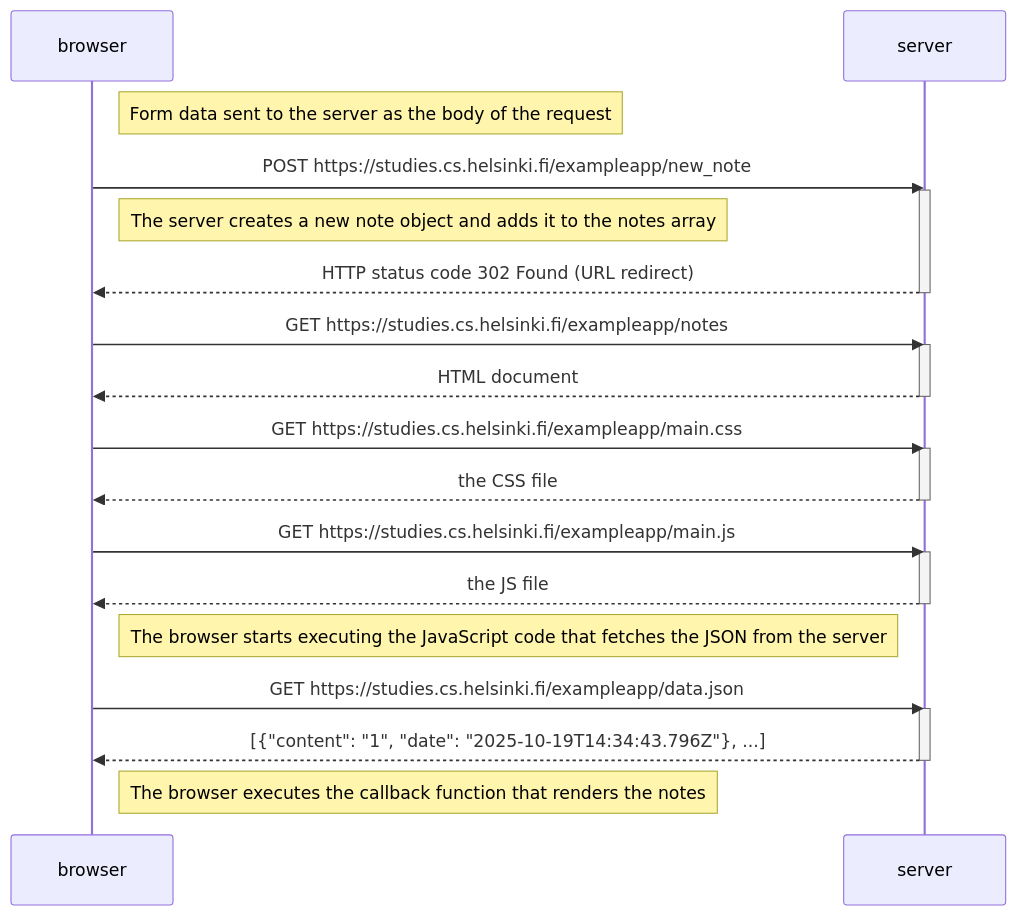
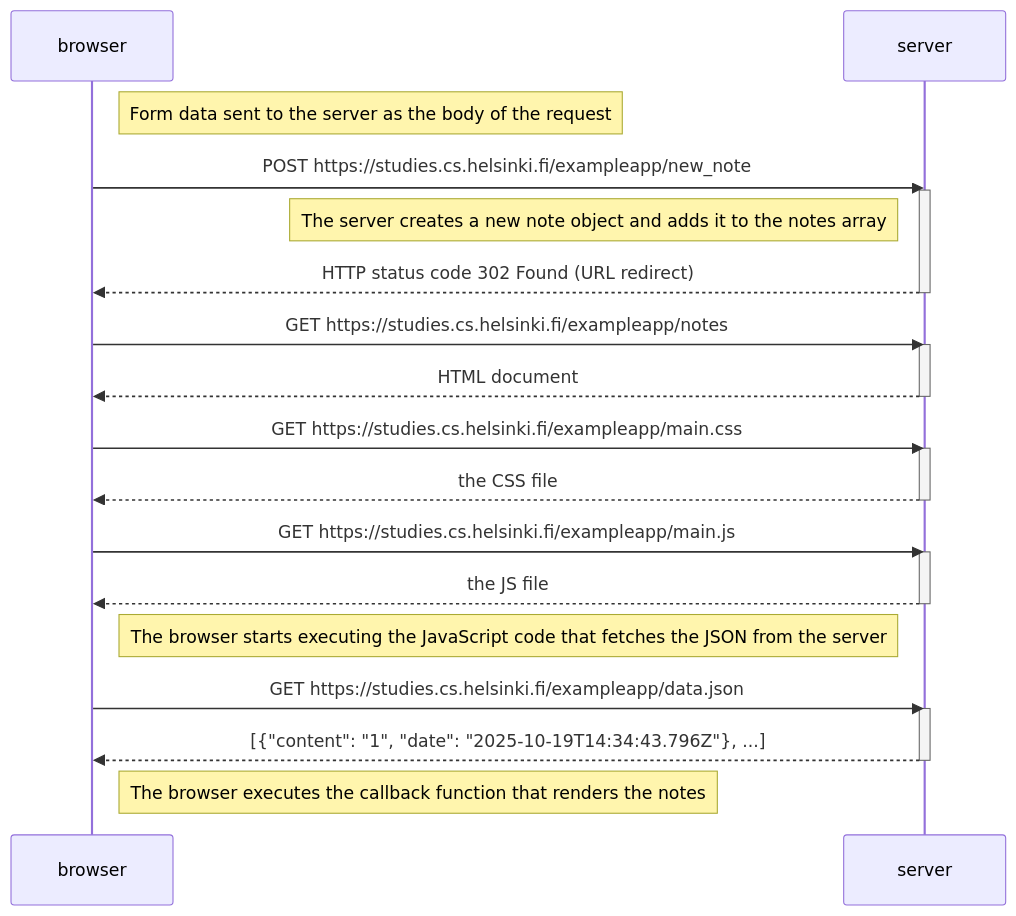
One commit to nati-friedman/part3-phonebook-backend changed the diagram in part0/new note diagram/diagram.md. Above: the diagram before and after it, drawn with Mermaid.

Commit message:
final polish

````diff
--- a/part0/new note diagram/diagram.md
+++ b/part0/new note diagram/diagram.md
@@ -1,37 +1,37 @@
 ```mermaid
 sequenceDiagram
     participant browser
     participant server
 
     Note right of browser: Form data sent to the server as the body of the request
 
     browser->>server: POST https://studies.cs.helsinki.fi/exampleapp/new_note
     activate server
-    Note right of browser: The server creates a new note object and adds it to the notes array
+    Note left of server: The server creates a new note object and adds it to the notes array
     server-->>browser: HTTP status code 302 Found (URL redirect)
     deactivate server
 
     browser->>server: GET https://studies.cs.helsinki.fi/exampleapp/notes
     activate server
     server-->>browser: HTML document
     deactivate server
 
     browser->>server: GET https://studies.cs.helsinki.fi/exampleapp/main.css
     activate server
     server-->>browser: the CSS file
     deactivate server
 
     browser->>server: GET https://studies.cs.helsinki.fi/exampleapp/main.js
     activate server
     server-->>browser: the JS file
     deactivate server
 
     Note right of browser: The browser starts executing the JavaScript code that fetches the JSON from the server
 
     browser->>server: GET https://studies.cs.helsinki.fi/exampleapp/data.json
     activate server
     server-->>browser: [{"content": "1", "date": "2025-10-19T14:34:43.796Z"}, ...]
     deactivate server
 
     Note right of browser: The browser executes the callback function that renders the notes
 ```
````
